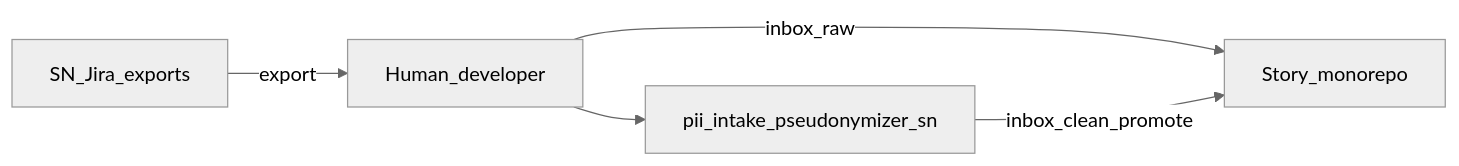
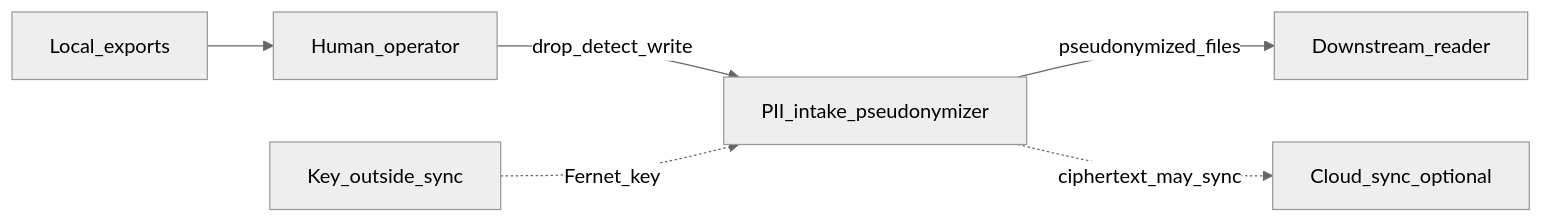
The diagram in docs/architecture/c1-context.md (alkitect/pii-intake-pseudonymizer-sn), drawn with Mermaid (neutral theme) before and after one commit. The commit also changed other lines of this file and 13 other files, not shown here.

````diff
--- a/docs/architecture/c1-context.md
+++ b/docs/architecture/c1-context.md
@@ -33,11 +34,14 @@
 ```mermaid
 flowchart LR
-  human[Human_developer]
-  sn[SN_Jira_exports]
-  repo[Story_monorepo]
-  cli[pii_intake_pseudonymizer_sn]
-  sn -->|export| human
-  human -->|inbox_raw| repo
-  human --> cli
-  cli -->|inbox_clean_promote| repo
+  human[Human_operator]
+  consumer[Downstream_reader]
+  tool[PII_intake_pseudonymizer]
+  exports[Local_exports]
+  sync[Cloud_sync_optional]
+  keyStore[Key_outside_sync]
+  exports --> human
+  human -->|drop_detect_write| tool
+  tool -->|pseudonymized_files| consumer
+  tool -.->|ciphertext_may_sync| sync
+  keyStore -.->|Fernet_key| tool
 ```
````
